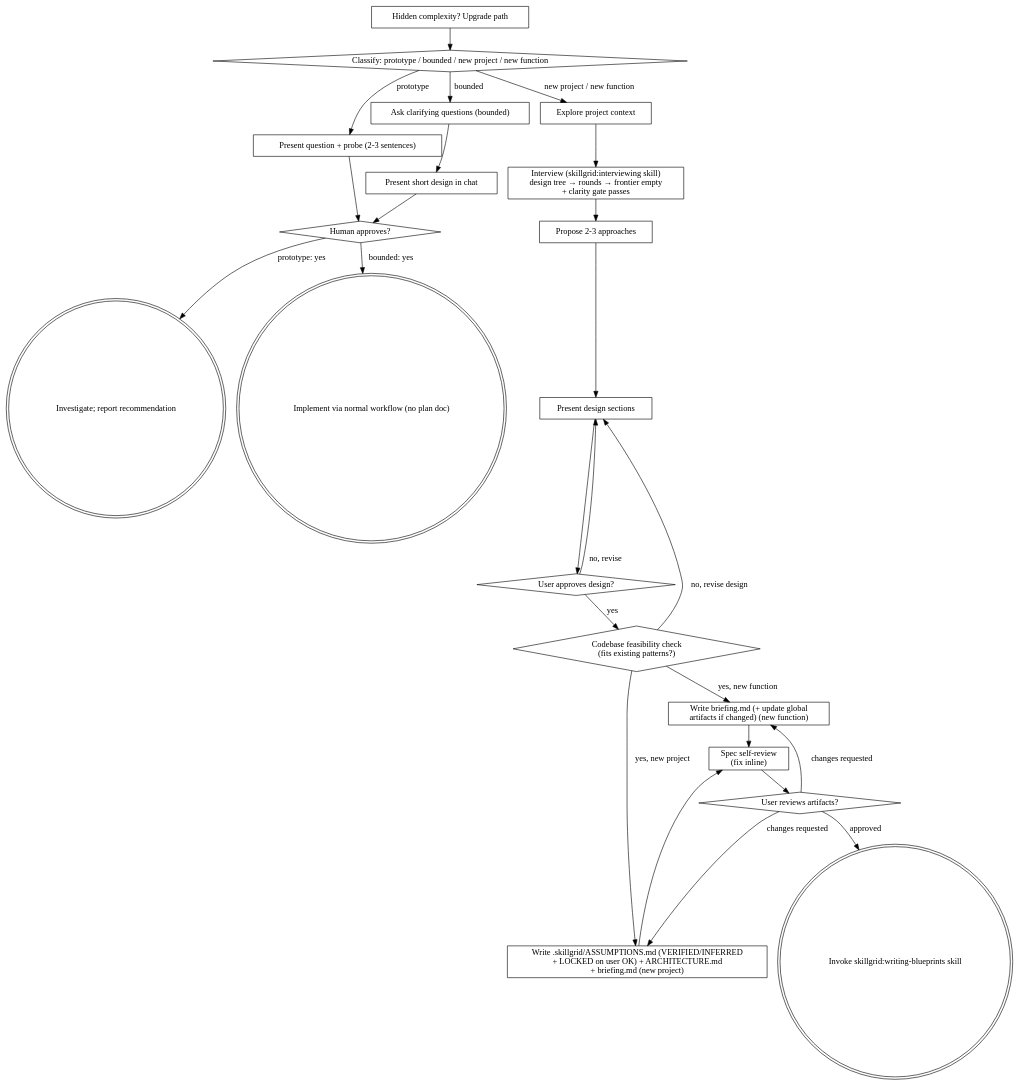
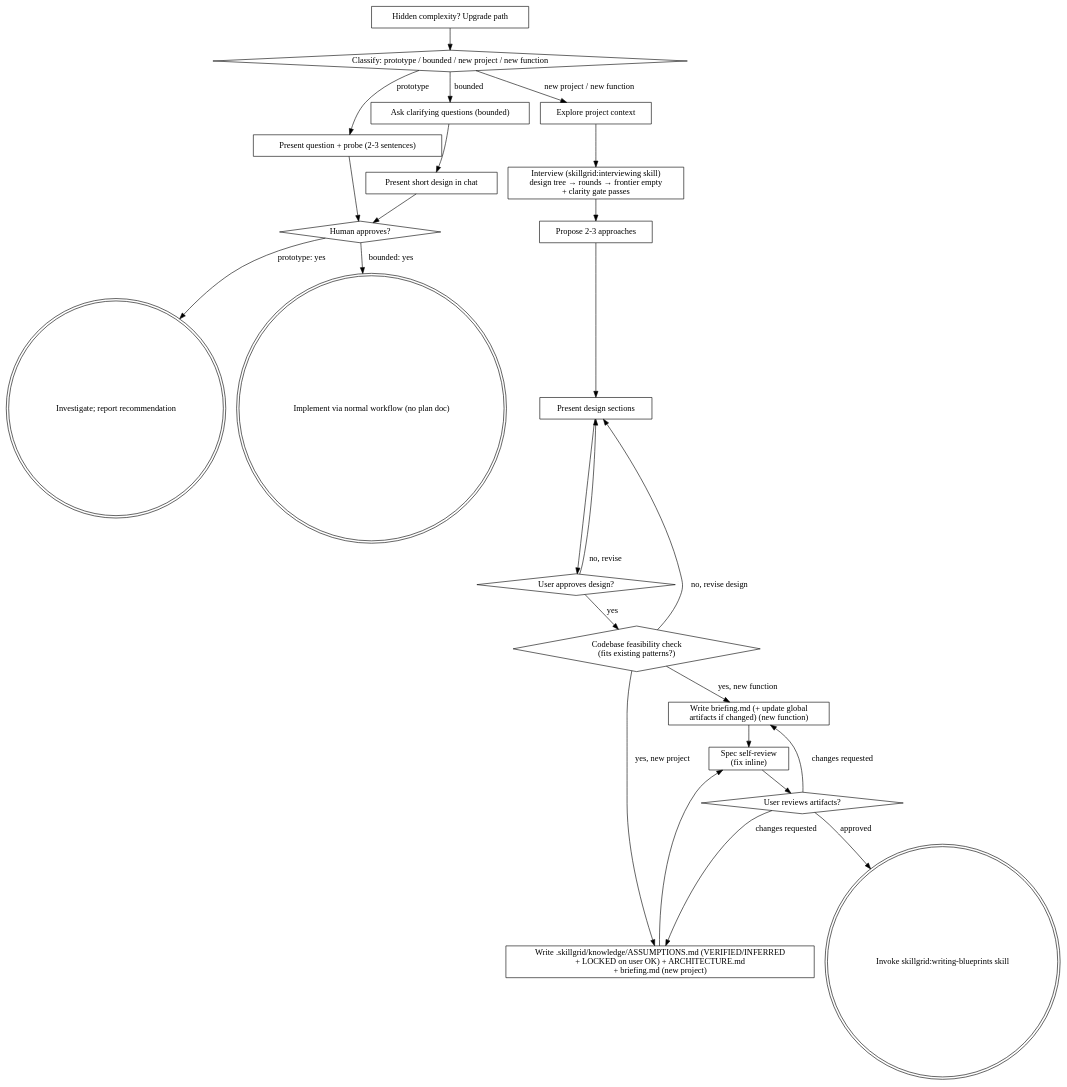
Before and after one commit to devopstales/skillgrid: the diagram in .agents/skills/planning/brainstorming/references/paths.md, drawn with Graphviz. The commit also changed other lines of this file and 167 other files, not shown here.

````diff
--- a/.agents/skills/planning/brainstorming/references/paths.md
+++ b/.agents/skills/planning/brainstorming/references/paths.md
@@ -57,48 +57,48 @@
 ```dot
 digraph brainstorming {
     "Classify: prototype / bounded / new project / new function" [shape=diamond];
     "Present question + probe (2-3 sentences)" [shape=box];
     "Ask clarifying questions (bounded)" [shape=box];
     "Present short design in chat" [shape=box];
     "Human approves?" [shape=diamond];
     "Investigate; report recommendation" [shape=doublecircle];
     "Implement via normal workflow (no plan doc)" [shape=doublecircle];
     "Explore project context" [shape=box];
     "Interview (skillgrid:interviewing skill)\ndesign tree → rounds → frontier empty\n+ clarity gate passes" [shape=box];
     "Propose 2-3 approaches" [shape=box];
     "Present design sections" [shape=box];
     "User approves design?" [shape=diamond];
     "Codebase feasibility check\n(fits existing patterns?)" [shape=diamond];
-    "Write .skillgrid/ASSUMPTIONS.md (VERIFIED/INFERRED\n+ LOCKED on user OK) + ARCHITECTURE.md\n+ briefing.md (new project)" [shape=box];
+    "Write .skillgrid/knowledge/ASSUMPTIONS.md (VERIFIED/INFERRED\n+ LOCKED on user OK) + ARCHITECTURE.md\n+ briefing.md (new project)" [shape=box];
     "Write briefing.md (+ update global\nartifacts if changed) (new function)" [shape=box];
     "Spec self-review\n(fix inline)" [shape=box];
     "User reviews artifacts?" [shape=diamond];
     "Invoke skillgrid:writing-blueprints skill" [shape=doublecircle];
     "Hidden complexity? Upgrade path" [shape=box];
 
     "Classify: prototype / bounded / new project / new function" -> "Present question + probe (2-3 sentences)" [label="prototype"];
     "Classify: prototype / bounded / new project / new function" -> "Ask clarifying questions (bounded)" [label="bounded"];
     "Classify: prototype / bounded / new project / new function" -> "Explore project context" [label="new project / new function"];
     "Present question + probe (2-3 sentences)" -> "Human approves?";
     "Ask clarifying questions (bounded)" -> "Present short design in chat";
     "Present short design in chat" -> "Human approves?";
     "Human approves?" -> "Investigate; report recommendation" [label="prototype: yes"];
     "Human approves?" -> "Implement via normal workflow (no plan doc)" [label="bounded: yes"];
     "Hidden complexity? Upgrade path" -> "Classify: prototype / bounded / new project / new function";
     "Explore project context" -> "Interview (skillgrid:interviewing skill)\ndesign tree → rounds → frontier empty\n+ clarity gate passes";
     "Interview (skillgrid:interviewing skill)\ndesign tree → rounds → frontier empty\n+ clarity gate passes" -> "Propose 2-3 approaches";
     "Propose 2-3 approaches" -> "Present design sections";
     "Present design sections" -> "User approves design?";
     "User approves design?" -> "Present design sections" [label="no, revise"];
     "User approves design?" -> "Codebase feasibility check\n(fits existing patterns?)" [label="yes"];
     "Codebase feasibility check\n(fits existing patterns?)" -> "Present design sections" [label="no, revise design"];
-    "Codebase feasibility check\n(fits existing patterns?)" -> "Write .skillgrid/ASSUMPTIONS.md (VERIFIED/INFERRED\n+ LOCKED on user OK) + ARCHITECTURE.md\n+ briefing.md (new project)" [label="yes, new project"];
+    "Codebase feasibility check\n(fits existing patterns?)" -> "Write .skillgrid/knowledge/ASSUMPTIONS.md (VERIFIED/INFERRED\n+ LOCKED on user OK) + ARCHITECTURE.md\n+ briefing.md (new project)" [label="yes, new project"];
     "Codebase feasibility check\n(fits existing patterns?)" -> "Write briefing.md (+ update global\nartifacts if changed) (new function)" [label="yes, new function"];
-    "Write .skillgrid/ASSUMPTIONS.md (VERIFIED/INFERRED\n+ LOCKED on user OK) + ARCHITECTURE.md\n+ briefing.md (new project)" -> "Spec self-review\n(fix inline)";
+    "Write .skillgrid/knowledge/ASSUMPTIONS.md (VERIFIED/INFERRED\n+ LOCKED on user OK) + ARCHITECTURE.md\n+ briefing.md (new project)" -> "Spec self-review\n(fix inline)";
     "Write briefing.md (+ update global\nartifacts if changed) (new function)" -> "Spec self-review\n(fix inline)";
     "Spec self-review\n(fix inline)" -> "User reviews artifacts?";
-    "User reviews artifacts?" -> "Write .skillgrid/ASSUMPTIONS.md (VERIFIED/INFERRED\n+ LOCKED on user OK) + ARCHITECTURE.md\n+ briefing.md (new project)" [label="changes requested"];
+    "User reviews artifacts?" -> "Write .skillgrid/knowledge/ASSUMPTIONS.md (VERIFIED/INFERRED\n+ LOCKED on user OK) + ARCHITECTURE.md\n+ briefing.md (new project)" [label="changes requested"];
     "User reviews artifacts?" -> "Write briefing.md (+ update global\nartifacts if changed) (new function)" [label="changes requested"];
     "User reviews artifacts?" -> "Invoke skillgrid:writing-blueprints skill" [label="approved"];
 }
 ```
````
